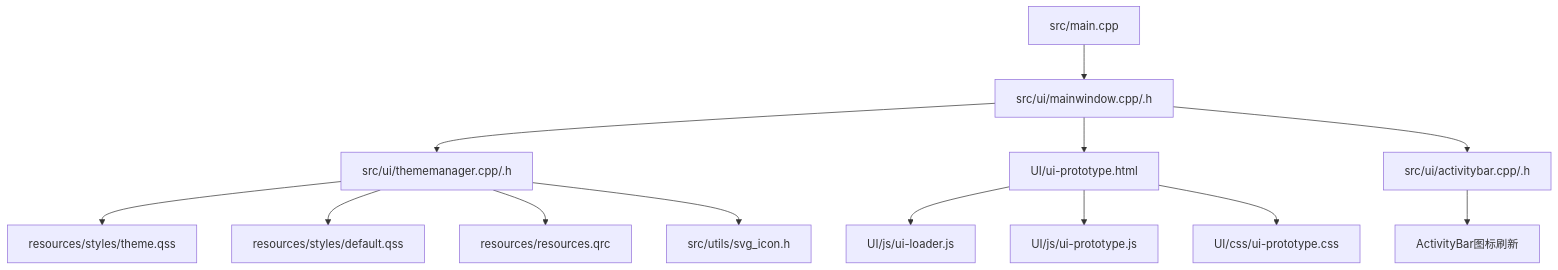
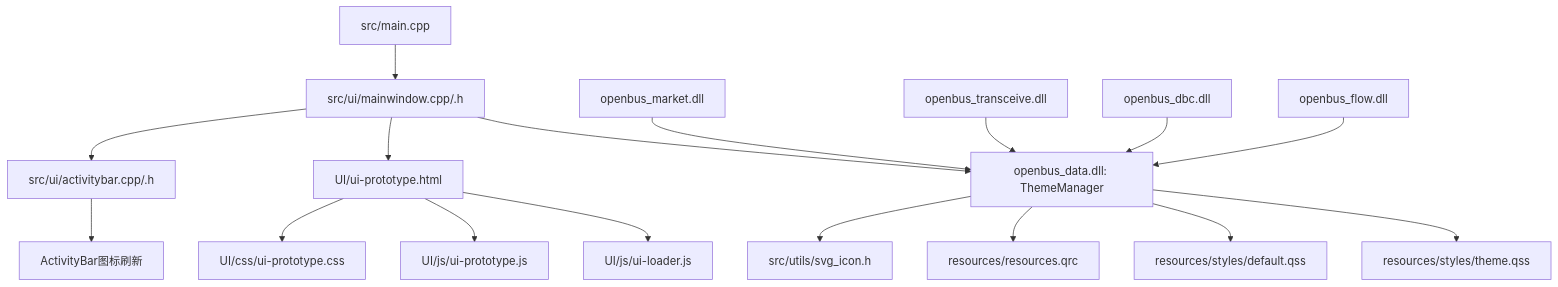
The first of 7 diagrams in .qoder/repowiki/zh/content/样式系统/主题管理系统.md (jakecai1225-design/OpenBus), drawn with Mermaid before and after one commit. The commit also changed other lines of this file and 177 other files, not shown here.

````diff
--- a/.qoder/repowiki/zh/content/样式系统/主题管理系统.md
+++ b/.qoder/repowiki/zh/content/样式系统/主题管理系统.md
@@ -60,15 +60,19 @@
 ```mermaid
 graph TB
 A["src/main.cpp"] --> B["src/ui/mainwindow.cpp/.h"]
-B --> C["src/ui/thememanager.cpp/.h"]
+B --> C["openbus_data.dll: ThemeManager"]
 C --> D["resources/styles/theme.qss"]
 C --> E["resources/styles/default.qss"]
 C --> F["resources/resources.qrc"]
 B --> G["UI/ui-prototype.html"]
 G --> H["UI/js/ui-loader.js"]
 G --> I["UI/js/ui-prototype.js"]
 G --> J["UI/css/ui-prototype.css"]
 C --> K["src/utils/svg_icon.h"]
 B --> L["src/ui/activitybar.cpp/.h"]
 L --> M["ActivityBar图标刷新"]
+N["openbus_market.dll"] --> C
+O["openbus_transceive.dll"] --> C
+P["openbus_dbc.dll"] --> C
+Q["openbus_flow.dll"] --> C
 ```
````
